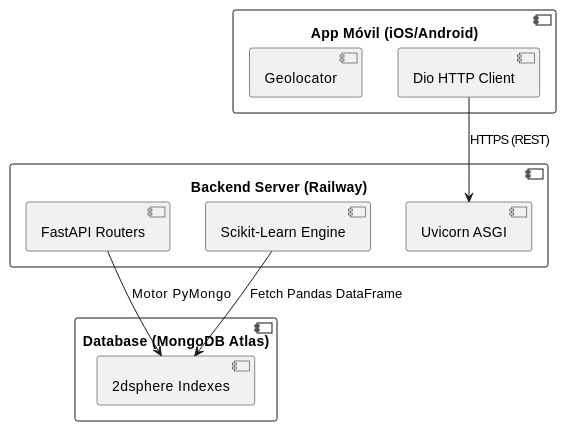
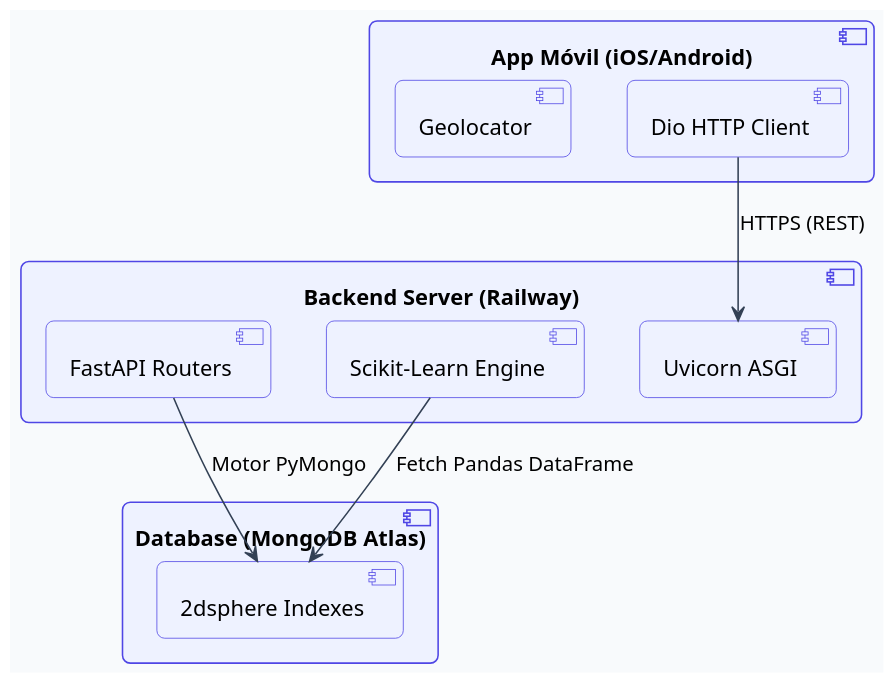
Before and after one commit to pieroalexanderppc/sgeo_pp: the fourth of 6 diagrams in docs/FD04-EPIS-Informe SAD de Proyecto.md, drawn with PlantUML. The commit also changed other lines of this file and 15 other files, not shown here.

````diff
--- a/docs/FD04-EPIS-Informe SAD de Proyecto.md
+++ b/docs/FD04-EPIS-Informe SAD de Proyecto.md
@@ -248,22 +281,33 @@
 ```plantuml
 @startuml
+skinparam shadowing false
+skinparam roundcorner 10
+skinparam dpi 150
+skinparam defaultFontName Segoe UI
+skinparam backgroundColor #F8FAFC
+skinparam ArrowColor #334155
+skinparam ComponentBackgroundColor #EEF2FF
+skinparam ComponentBorderColor #4F46E5
+skinparam DatabaseBackgroundColor #ECFDF5
+skinparam DatabaseBorderColor #047857
+
 component "App Móvil (iOS/Android)" as App {
   [Dio HTTP Client]
   [Geolocator]
 }
 
 component "Backend Server (Railway)" as Server {
   [Uvicorn ASGI]
   [FastAPI Routers]
   [Scikit-Learn Engine]
 }
 
 component "Database (MongoDB Atlas)" as DB {
   [2dsphere Indexes]
 }
 
 [Dio HTTP Client] --> [Uvicorn ASGI] : HTTPS (REST)
 [FastAPI Routers] --> [2dsphere Indexes] : Motor PyMongo
 [Scikit-Learn Engine] --> [2dsphere Indexes] : Fetch Pandas DataFrame
 @enduml
 ```
````
